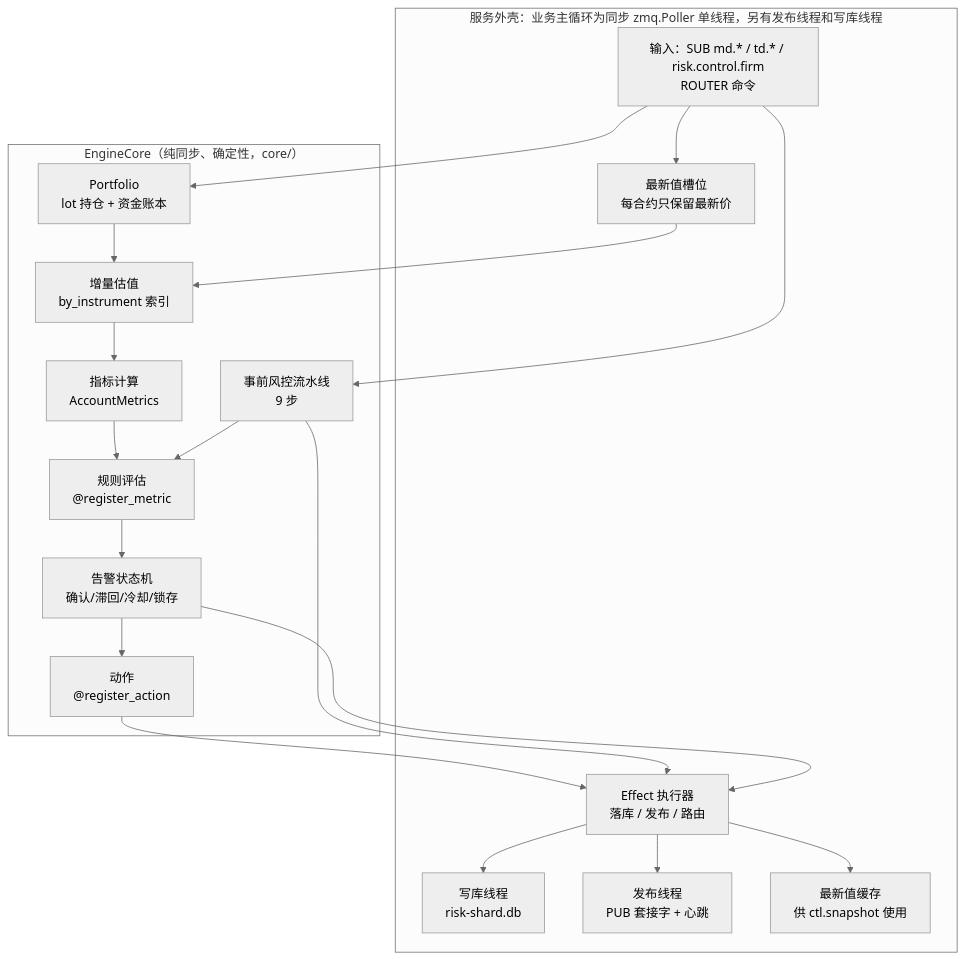
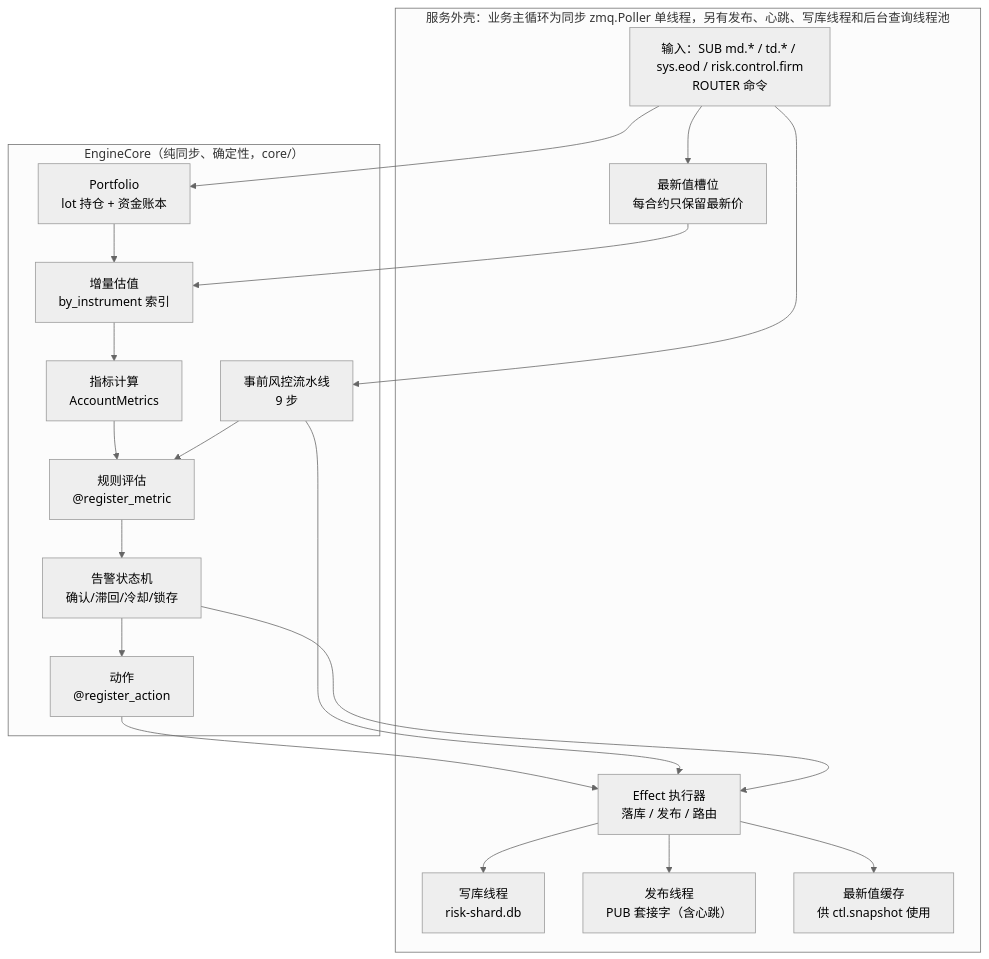
Before and after one commit to tom-xue-dev/futrisk: the third of 17 diagrams in docs/01-architecture.md, drawn with Mermaid (neutral theme). The commit also changed other lines of this file and 31 other files, not shown here.

First line of the commit message:
文档：按代码重建 docs 为 v1.0，全量验证并重拍截图

````diff
--- a/docs/01-architecture.md
+++ b/docs/01-architecture.md
@@ -251,32 +251,32 @@
 ```mermaid
 flowchart TB
-    subgraph SHELL["服务外壳：业务主循环为同步 zmq.Poller 单线程，另有发布线程和写库线程"]
-        IN["输入：SUB md.* / td.* / risk.control.firm<br/>ROUTER 命令"]
+    subgraph SHELL["服务外壳：业务主循环为同步 zmq.Poller 单线程，另有发布、心跳、写库线程和后台查询线程池"]
+        IN["输入：SUB md.* / td.* / sys.eod / risk.control.firm<br/>ROUTER 命令"]
         SLOT["最新值槽位<br/>每合约只保留最新价"]
         EFF["Effect 执行器<br/>落库 / 发布 / 路由"]
         WR["写库线程<br/>risk-shard.db"]
-        PUBT["发布线程<br/>PUB 套接字 + 心跳"]
+        PUBT["发布线程<br/>PUB 套接字（含心跳）"]
         LVC["最新值缓存<br/>供 ctl.snapshot 使用"]
     end
     subgraph CORE["EngineCore（纯同步、确定性，core/）"]
         PF["Portfolio<br/>lot 持仓 + 资金账本"]
         VAL["增量估值<br/>by_instrument 索引"]
         MET["指标计算<br/>AccountMetrics"]
         RUL["规则评估<br/>@register_metric"]
         SM["告警状态机<br/>确认/滞回/冷却/锁存"]
         ACT["动作<br/>@register_action"]
         PRE["事前风控流水线<br/>9 步"]
     end
     IN --> SLOT --> VAL
     IN --> PF
     IN --> PRE
     VAL --> MET --> RUL --> SM --> ACT
     PRE --> RUL
     PF --> VAL
     ACT --> EFF
     PRE --> EFF
     SM --> EFF
     EFF --> WR
     EFF --> PUBT
     EFF --> LVC
 ```
````
